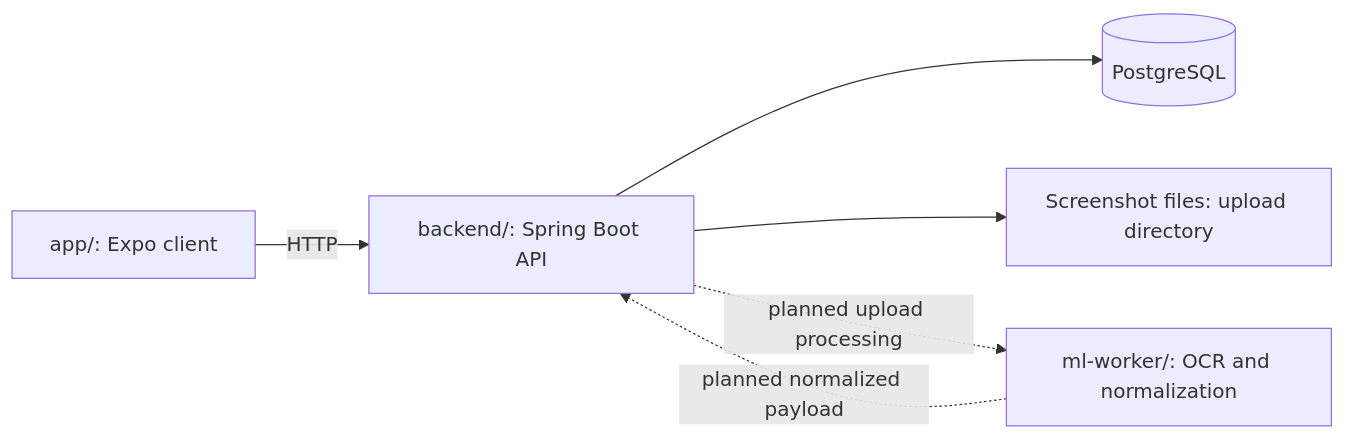
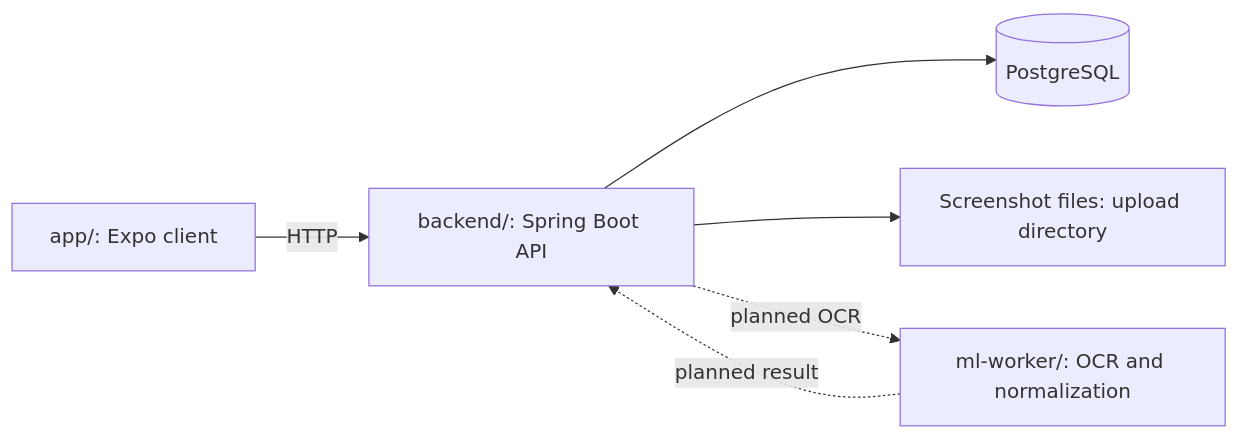
Before and after one commit to adityamukesh/Sentri: the diagram in README.md, drawn with Mermaid. The commit also changed other lines of this file, not shown here.

Commit message:
docs(repo): clarify OCR dependencies and diagram labels

````diff
--- a/README.md
+++ b/README.md
@@ -43,8 +43,8 @@
 ```mermaid
 flowchart LR
     app["app/: Expo client"] -->|HTTP| backend["backend/: Spring Boot API"]
     backend --> database[(PostgreSQL)]
     backend --> files["Screenshot files: upload directory"]
-    backend -. planned upload processing .-> worker["ml-worker/: OCR and normalization"]
-    worker -. planned normalized payload .-> backend
+    backend -. planned OCR .-> worker["ml-worker/: OCR and normalization"]
+    worker -. planned result .-> backend
 ```
````
